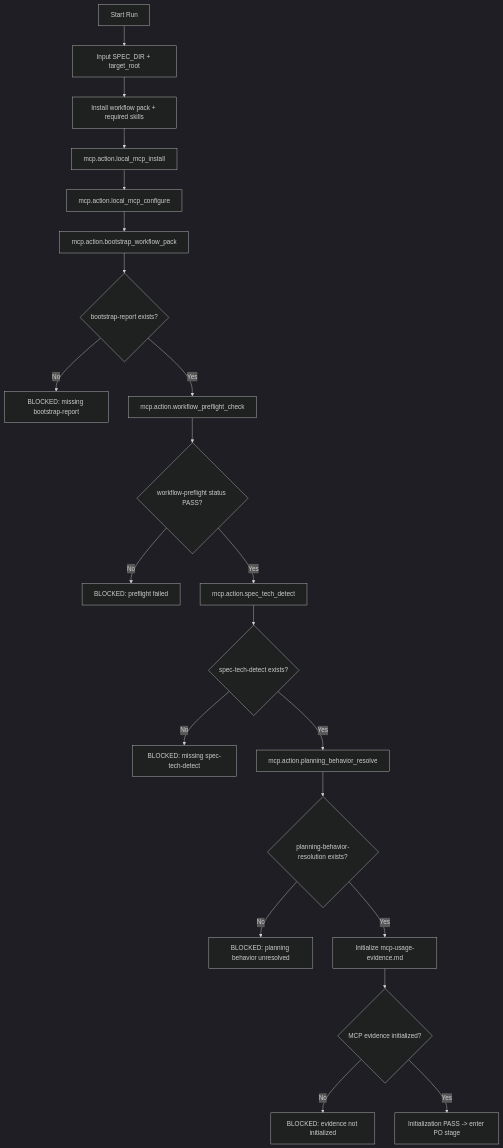
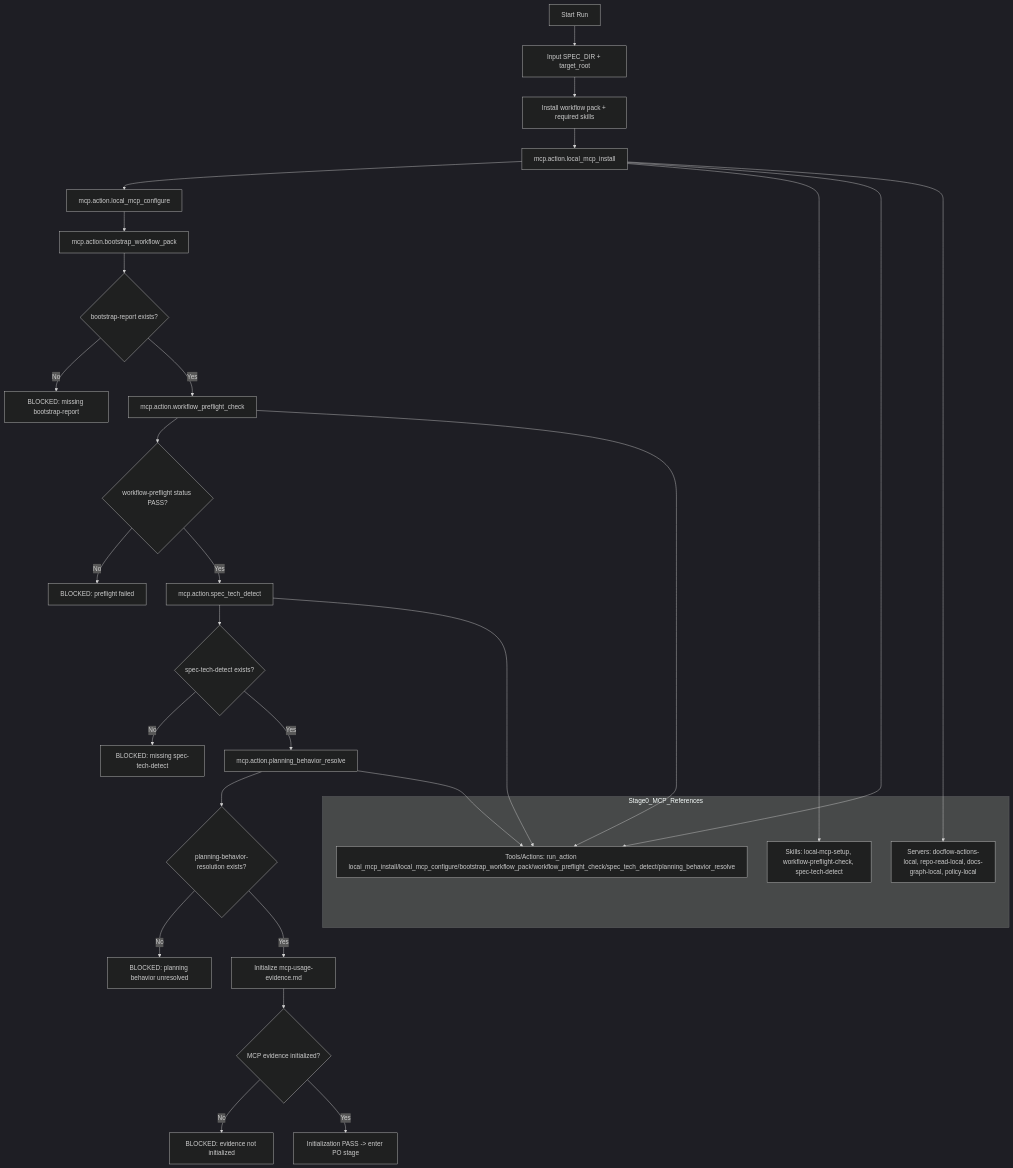
Before and after one commit to orbsfoc/iqpe-governance-workflow: the diagram in ProcessDocs/stage-00-initialization.mmd, drawn with Mermaid (dark theme). The commit also changed 4 other files, not shown here.

Commit message:
Annotate stage diagrams with MCP servers, tools, and skills

```diff
--- a/ProcessDocs/stage-00-initialization.mmd
+++ b/ProcessDocs/stage-00-initialization.mmd
@@ -1,26 +1,39 @@
 flowchart TD
     S0[Start Run] --> I1[Input SPEC_DIR + target_root]
     I1 --> I2[Install workflow pack + required skills]
     I2 --> I3[mcp.action.local_mcp_install]
     I3 --> I4[mcp.action.local_mcp_configure]
     I4 --> I5[mcp.action.bootstrap_workflow_pack]
 
     I5 --> G1{bootstrap-report exists?}
     G1 -- No --> B1[BLOCKED: missing bootstrap-report]
     G1 -- Yes --> I6[mcp.action.workflow_preflight_check]
 
     I6 --> G2{workflow-preflight status PASS?}
     G2 -- No --> B2[BLOCKED: preflight failed]
     G2 -- Yes --> I7[mcp.action.spec_tech_detect]
 
     I7 --> G3{spec-tech-detect exists?}
     G3 -- No --> B3[BLOCKED: missing spec-tech-detect]
     G3 -- Yes --> I8[mcp.action.planning_behavior_resolve]
 
     I8 --> G4{planning-behavior-resolution exists?}
     G4 -- No --> B4[BLOCKED: planning behavior unresolved]
     G4 -- Yes --> I9[Initialize mcp-usage-evidence.md]
 
     I9 --> G5{MCP evidence initialized?}
     G5 -- No --> B5[BLOCKED: evidence not initialized]
     G5 -- Yes --> OK[Initialization PASS -> enter PO stage]
+
+        subgraph Stage0_MCP_References
+            SK0[Skills: local-mcp-setup, workflow-preflight-check, spec-tech-detect]
+            T0[Tools/Actions: run_action local_mcp_install/local_mcp_configure/bootstrap_workflow_pack/workflow_preflight_check/spec_tech_detect/planning_behavior_resolve]
+            SV0[Servers: docflow-actions-local, repo-read-local, docs-graph-local, policy-local]
+        end
+
+        I3 --> SK0
+        I3 --> T0
+        I3 --> SV0
+        I6 --> T0
+        I7 --> T0
+        I8 --> T0
```
